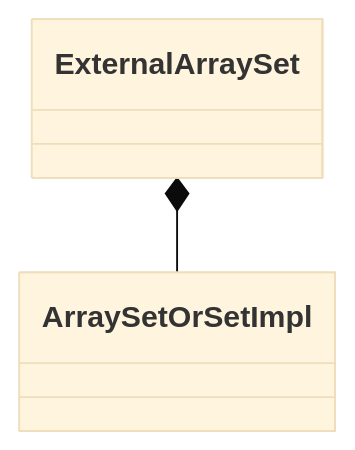
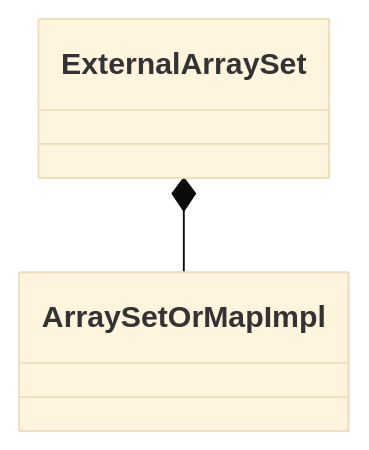
The diagram in Fw/DataStructures/docs/ExternalArraySet.md (nasa/fprime), drawn with Mermaid (base theme) before and after one commit. The commit also changed other lines of this file, not shown here.

Commit message:
Revise SDD for ExternalArraySet

````diff
--- a/Fw/DataStructures/docs/ExternalArraySet.md
+++ b/Fw/DataStructures/docs/ExternalArraySet.md
@@ -40,4 +40,4 @@
 ```mermaid
 classDiagram
-    ExternalArraySet *-- ArraySetOrSetImpl
+    ExternalArraySet *-- ArraySetOrMapImpl
 ```
````
